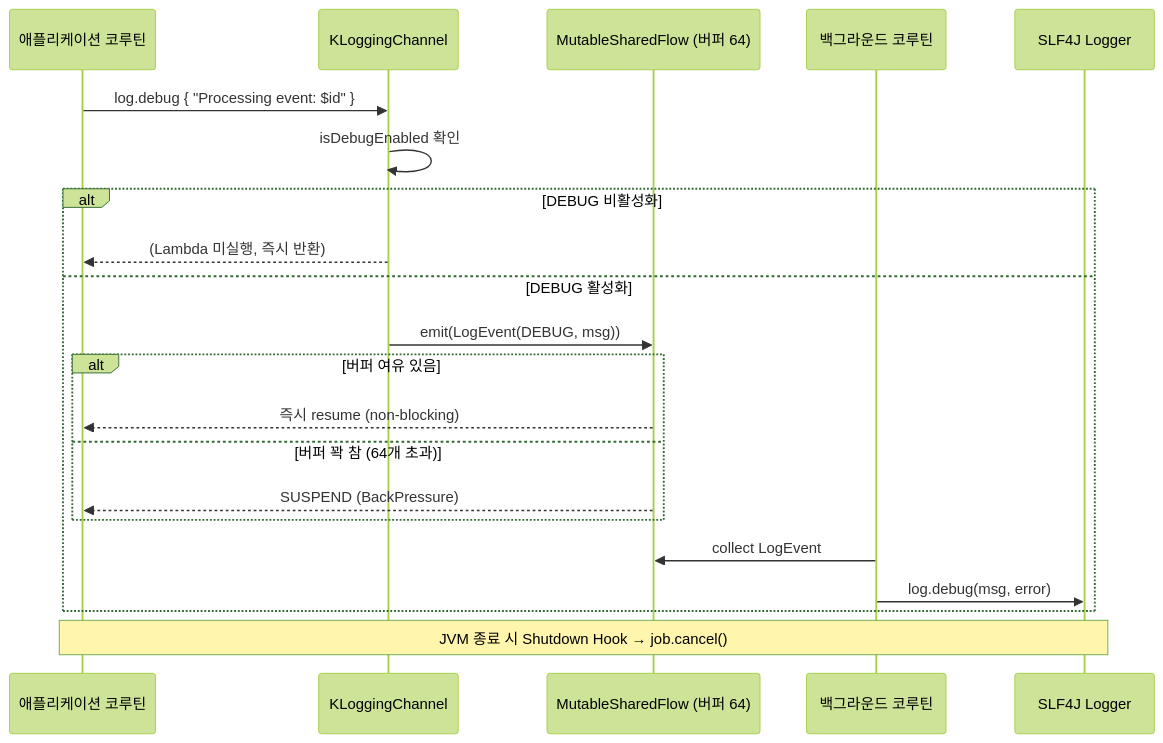
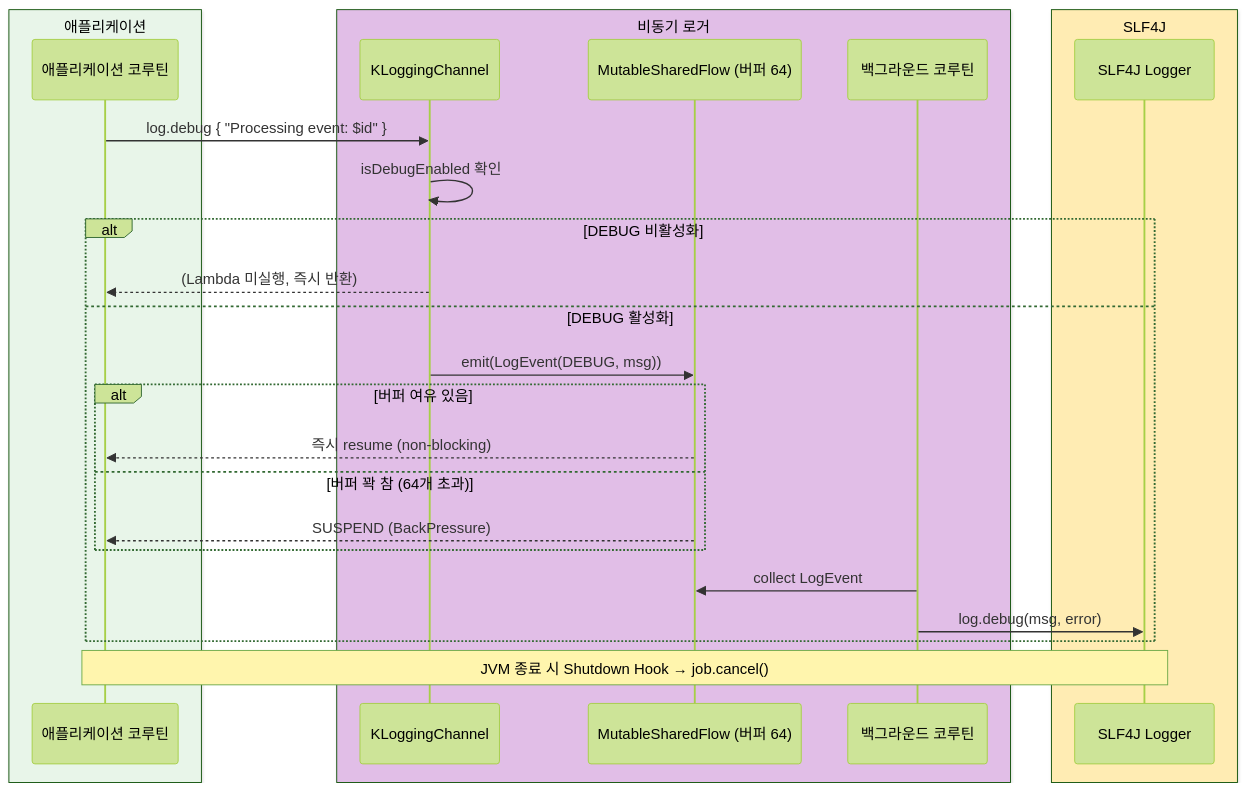
One commit to bluetape4k/bluetape4k-projects changed the third of 3 diagrams in bluetape4k/logging/README.ko.md. Above: the diagram before and after it, drawn with Mermaid (forest theme). The commit also changed other lines of this file and 221 other files, not shown here.

First line of the commit message:
docs: 전체 모듈 README UML 다이어그램 보강 및 색상 업그레이드

````diff
--- a/bluetape4k/logging/README.ko.md
+++ b/bluetape4k/logging/README.ko.md
@@ -114,25 +129,31 @@
 ```mermaid
 sequenceDiagram
-    participant App as 애플리케이션 코루틴
-    participant CH as KLoggingChannel
-    participant SF as MutableSharedFlow (버퍼 64)
-    participant BG as 백그라운드 코루틴
-    participant SLF as SLF4J Logger
+    box rgb(232, 245, 233) 애플리케이션
+        participant App as 애플리케이션 코루틴
+    end
+    box rgb(225, 190, 231) 비동기 로거
+        participant CH as KLoggingChannel
+        participant SF as MutableSharedFlow (버퍼 64)
+        participant BG as 백그라운드 코루틴
+    end
+    box rgb(255, 236, 179) SLF4J
+        participant SLF as SLF4J Logger
+    end
 
     App->>CH: log.debug { "Processing event: $id" }
     CH->>CH: isDebugEnabled 확인
     alt DEBUG 비활성화
         CH-->>App: (Lambda 미실행, 즉시 반환)
     else DEBUG 활성화
         CH->>SF: emit(LogEvent(DEBUG, msg))
         alt 버퍼 여유 있음
             SF-->>App: 즉시 resume (non-blocking)
         else 버퍼 꽉 참 (64개 초과)
             SF-->>App: SUSPEND (BackPressure)
         end
         BG->>SF: collect LogEvent
         BG->>SLF: log.debug(msg, error)
     end
 
     Note over App,SLF: JVM 종료 시 Shutdown Hook → job.cancel()
 ```
````
